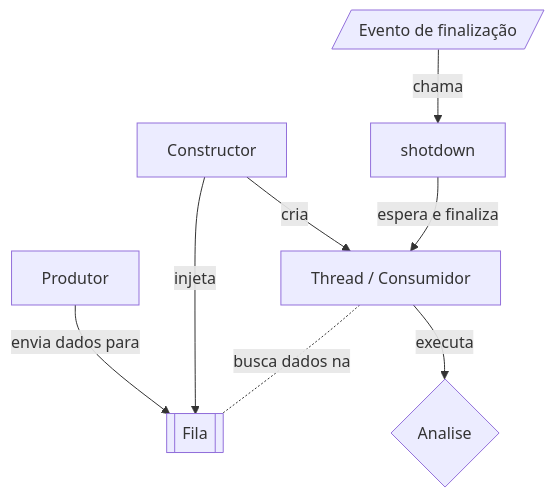
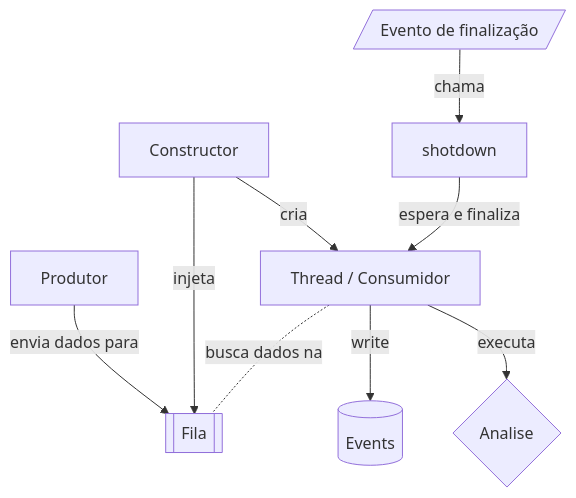
One commit to victorhdsp/tdah_assistent changed the first of 2 diagrams in backend/README.md. Above: the diagram before and after it, drawn with Mermaid. The commit also changed other lines of this file, not shown here.

````diff
--- a/backend/README.md
+++ b/backend/README.md
@@ -42,23 +42,25 @@
 ```mermaid
 graph TD
     init[Constructor]
     sigterm[/Evento de finalização/]
 
     queue[[Fila]]
     producer[Produtor]
     worker[Thread / Consumidor]
     algoritm{Analise}
     join-td[shotdown]
+    event-db[(Events)]
 
     init --> |cria| worker
     init --> |injeta| queue
     worker --> |executa| algoritm
+    worker --> |write| event-db
     worker .- |busca dados na| queue
 
     producer --> |envia dados para| queue
 
 
     sigterm --> |chama| join-td
     join-td --> |espera e finaliza| worker
 
 ```
````
